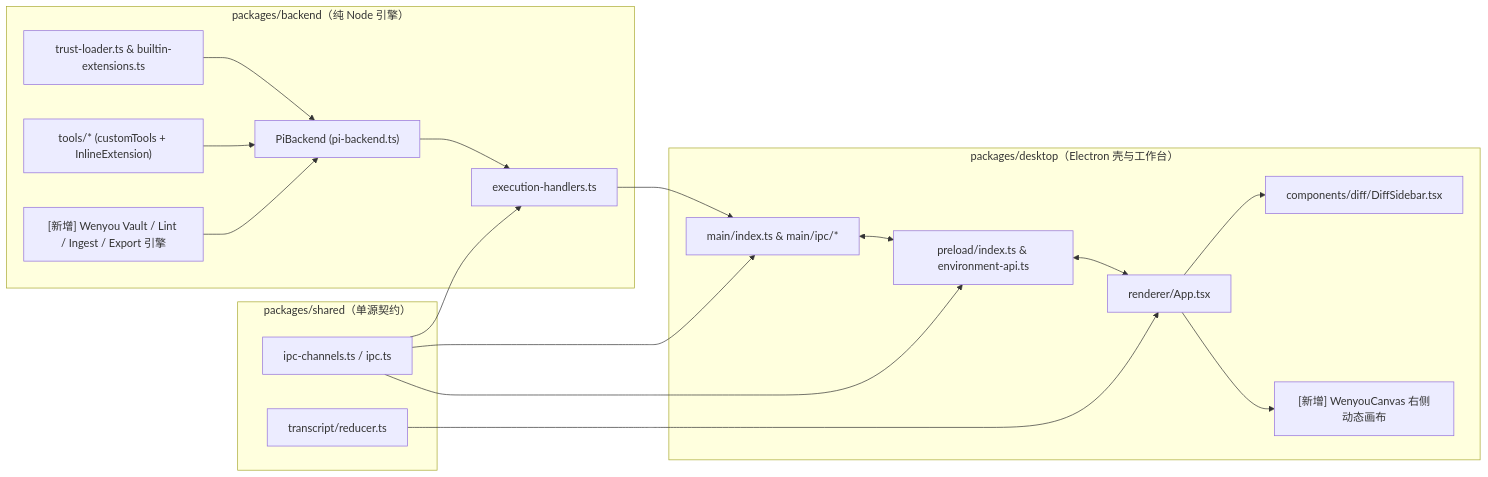
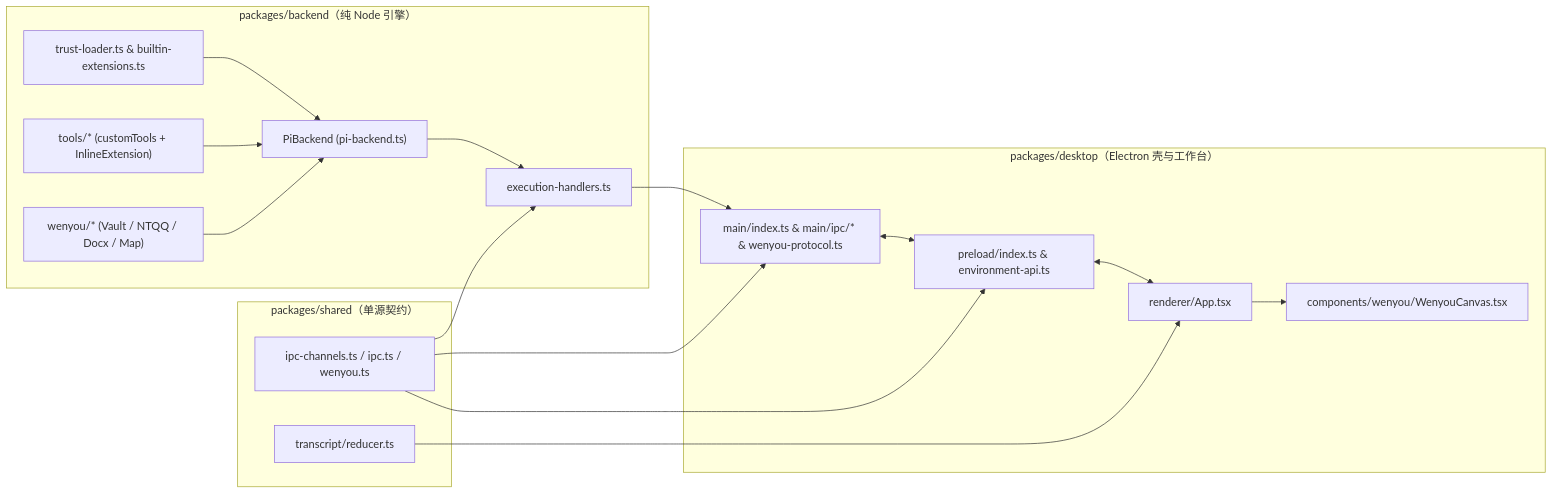
One commit to anyu0804/wenyou-pro changed the diagram in docs/Percho底座源码勘察与文游改造地图.md. Above: the diagram before and after it, drawn with Mermaid. The commit also changed other lines of this file and 32 other files, not shown here.

````diff
--- a/docs/Percho底座源码勘察与文游改造地图.md
+++ b/docs/Percho底座源码勘察与文游改造地图.md
@@ -27,29 +26,28 @@
 ```mermaid
 flowchart LR
   subgraph Shared["packages/shared（单源契约）"]
-    IPC["ipc-channels.ts / ipc.ts"]
+    IPC["ipc-channels.ts / ipc.ts / wenyou.ts"]
     RED["transcript/reducer.ts"]
   end
   subgraph Backend["packages/backend（纯 Node 引擎）"]
     PI["PiBackend (pi-backend.ts)"]
     EXT["trust-loader.ts & builtin-extensions.ts"]
     TOOLS["tools/* (customTools + InlineExtension)"]
-    WENYOU_BE["[新增] Wenyou Vault / Lint / Ingest / Export 引擎"]
+    WENYOU_BE["wenyou/* (Vault / NTQQ / Docx / Map)"]
     EXEC["execution-handlers.ts"]
   end
   subgraph Desktop["packages/desktop（Electron 壳与工作台）"]
-    MAIN["main/index.ts & main/ipc/*"]
+    MAIN["main/index.ts & main/ipc/* & wenyou-protocol.ts"]
     PRE["preload/index.ts & environment-api.ts"]
     APP["renderer/App.tsx"]
-    CANVAS["[新增] WenyouCanvas 右侧动态画布"]
-    DIFF["components/diff/DiffSidebar.tsx"]
+    CANVAS["components/wenyou/WenyouCanvas.tsx"]
   end
 
   IPC --> PRE & MAIN & EXEC
   WENYOU_BE --> PI
   EXT & TOOLS --> PI
   PI --> EXEC --> MAIN
   MAIN <--> PRE <--> APP
   RED --> APP
-  APP --> CANVAS & DIFF
+  APP --> CANVAS
 ```
````
